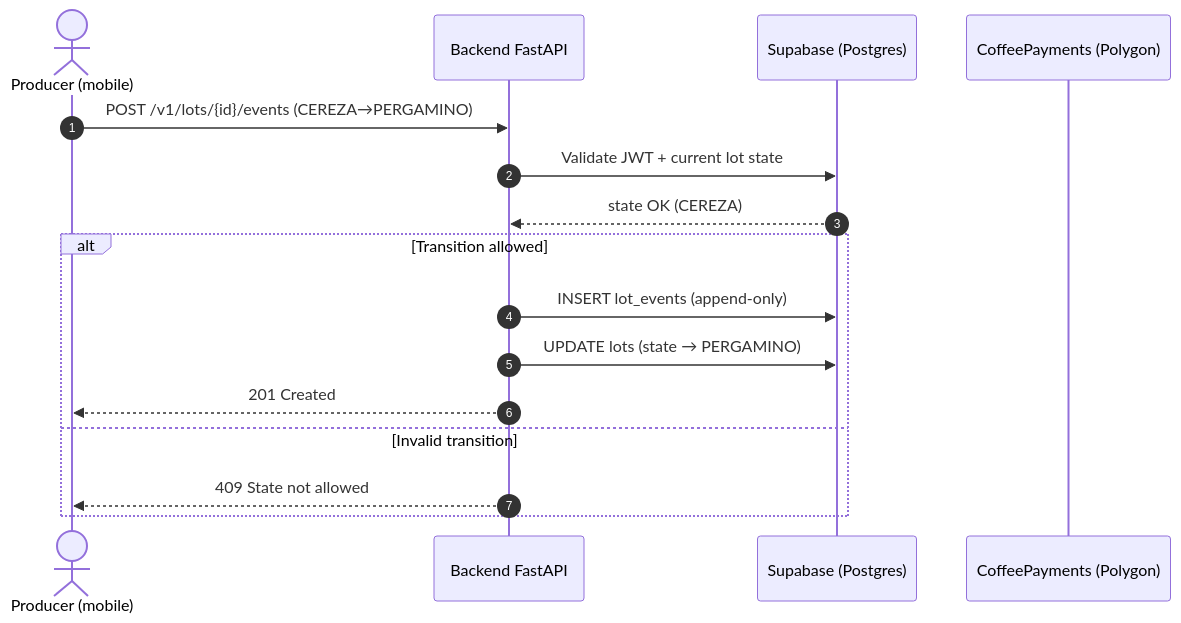
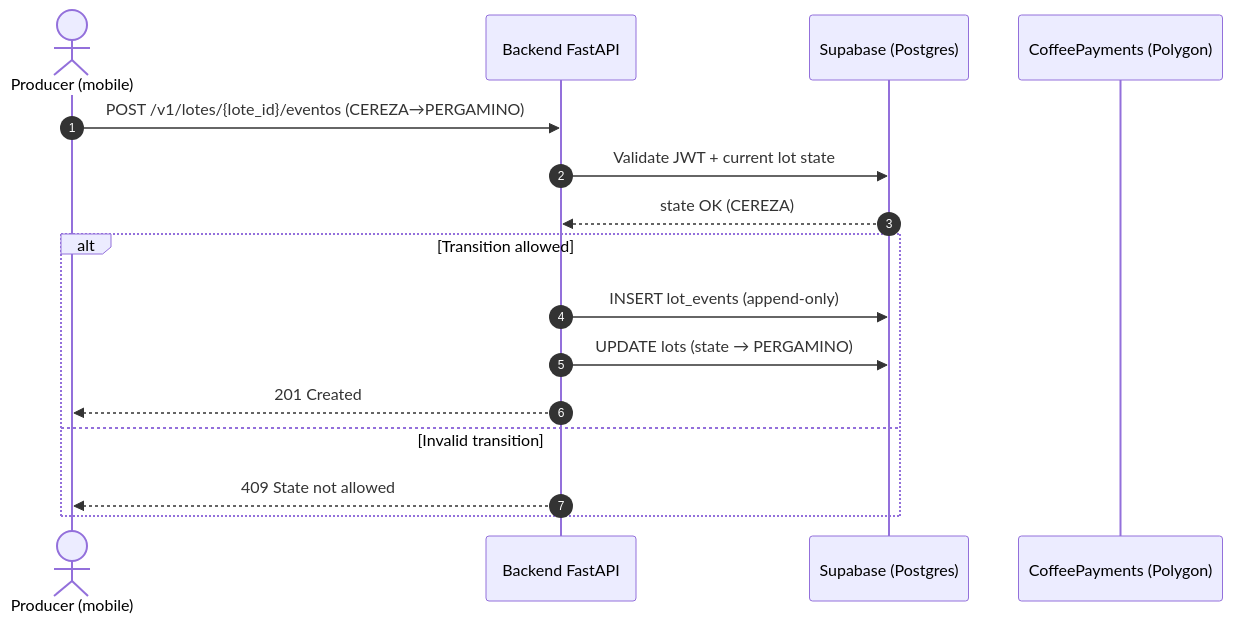
Before and after one commit to FerLpz55/BeanTrust: the sixth of 11 diagrams in docs/ARCHITECTURE.en.md, drawn with Mermaid. The commit also changed other lines of this file and 9 other files, not shown here.

````diff
--- a/docs/ARCHITECTURE.en.md
+++ b/docs/ARCHITECTURE.en.md
@@ -747,19 +782,19 @@
 ```mermaid
 sequenceDiagram
     autonumber
     actor P as Producer (mobile)
     participant API as Backend FastAPI
     participant DB as Supabase (Postgres)
     participant SC as CoffeePayments (Polygon)
 
-    P->>API: POST /v1/lots/{id}/events (CEREZA→PERGAMINO)
+    P->>API: POST /v1/lotes/{lote_id}/eventos (CEREZA→PERGAMINO)
     API->>DB: Validate JWT + current lot state
     DB-->>API: state OK (CEREZA)
     alt Transition allowed
         API->>DB: INSERT lot_events (append-only)
         API->>DB: UPDATE lots (state → PERGAMINO)
         API-->>P: 201 Created
     else Invalid transition
         API-->>P: 409 State not allowed
     end
 ```
````
